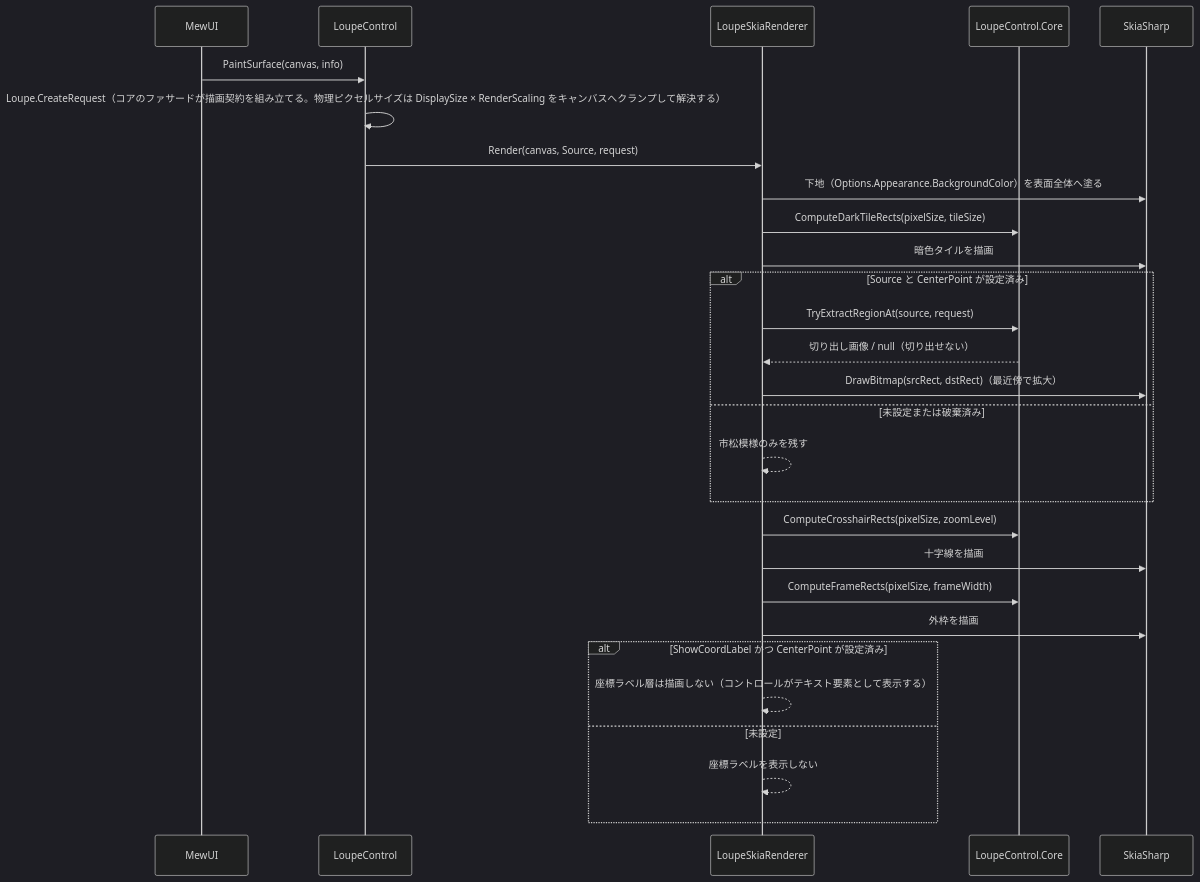
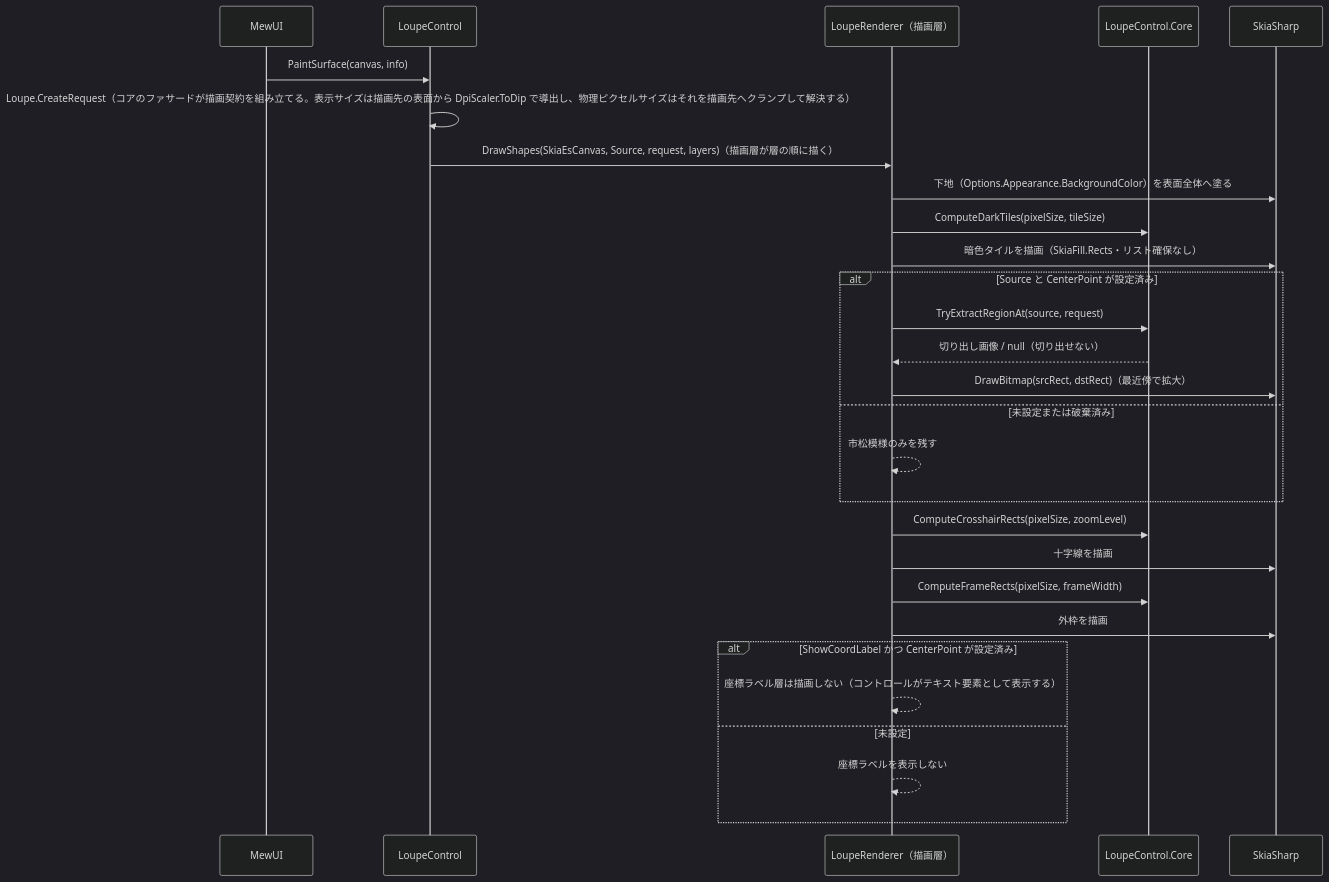
One commit to tomokuni/SaveEvidence changed the second of 2 diagrams in src/LoupeControl.MewUI/SPEC_System.md. Above: the diagram before and after it, drawn with Mermaid (dark theme). The commit also changed other lines of this file and 220 other files, not shown here.

````diff
--- a/src/LoupeControl.MewUI/SPEC_System.md
+++ b/src/LoupeControl.MewUI/SPEC_System.md
@@ -195,31 +190,31 @@
 ```mermaid
 sequenceDiagram
     participant MW as MewUI
     participant LC as LoupeControl
-    participant R as LoupeSkiaRenderer
+    participant R as LoupeRenderer（描画層）
     participant C as LoupeControl.Core
     participant SK as SkiaSharp
 
     MW->>LC: PaintSurface(canvas, info)
-    LC->>LC: Loupe.CreateRequest（コアのファサードが描画契約を組み立てる。物理ピクセルサイズは DisplaySize × RenderScaling をキャンバスへクランプして解決する）
-    LC->>R: Render(canvas, Source, request)
+    LC->>LC: Loupe.CreateRequest（コアのファサードが描画契約を組み立てる。表示サイズは描画先の表面から DpiScaler.ToDip で導出し、物理ピクセルサイズはそれを描画先へクランプして解決する）
+    LC->>R: DrawShapes(SkiaEsCanvas, Source, request, layers)（描画層が層の順に描く）
     R->>SK: 下地（Options.Appearance.BackgroundColor）を表面全体へ塗る
-    R->>C: ComputeDarkTileRects(pixelSize, tileSize)
-    R->>SK: 暗色タイルを描画
+    R->>C: ComputeDarkTiles(pixelSize, tileSize)
+    R->>SK: 暗色タイルを描画（SkiaFill.Rects・リスト確保なし）
     alt Source と CenterPoint が設定済み
         R->>C: TryExtractRegionAt(source, request)
         C-->>R: 切り出し画像 / null（切り出せない）
         R->>SK: DrawBitmap(srcRect, dstRect)（最近傍で拡大）
     else 未設定または破棄済み
         R-->>R: 市松模様のみを残す
     end
     R->>C: ComputeCrosshairRects(pixelSize, zoomLevel)
     R->>SK: 十字線を描画
     R->>C: ComputeFrameRects(pixelSize, frameWidth)
     R->>SK: 外枠を描画
     alt ShowCoordLabel かつ CenterPoint が設定済み
         R-->>R: 座標ラベル層は描画しない（コントロールがテキスト要素として表示する）
     else 未設定
         R-->>R: 座標ラベルを表示しない
     end
 ```
````
